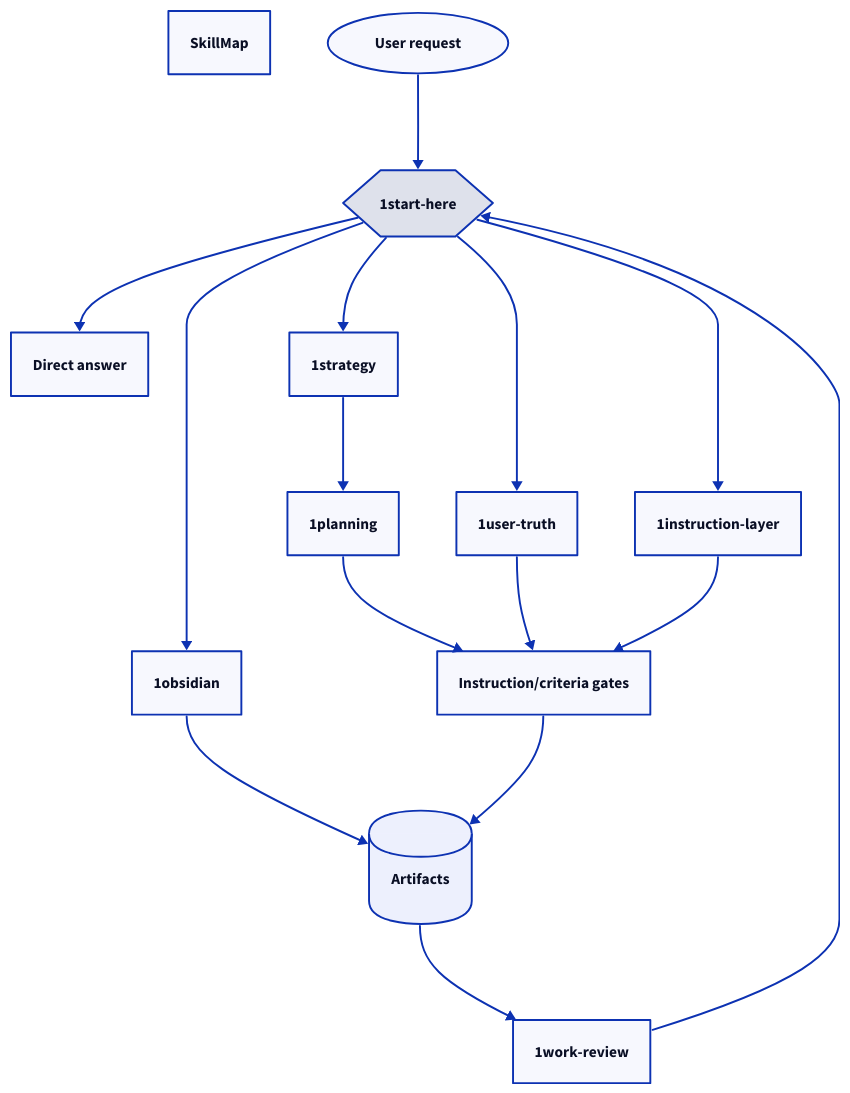
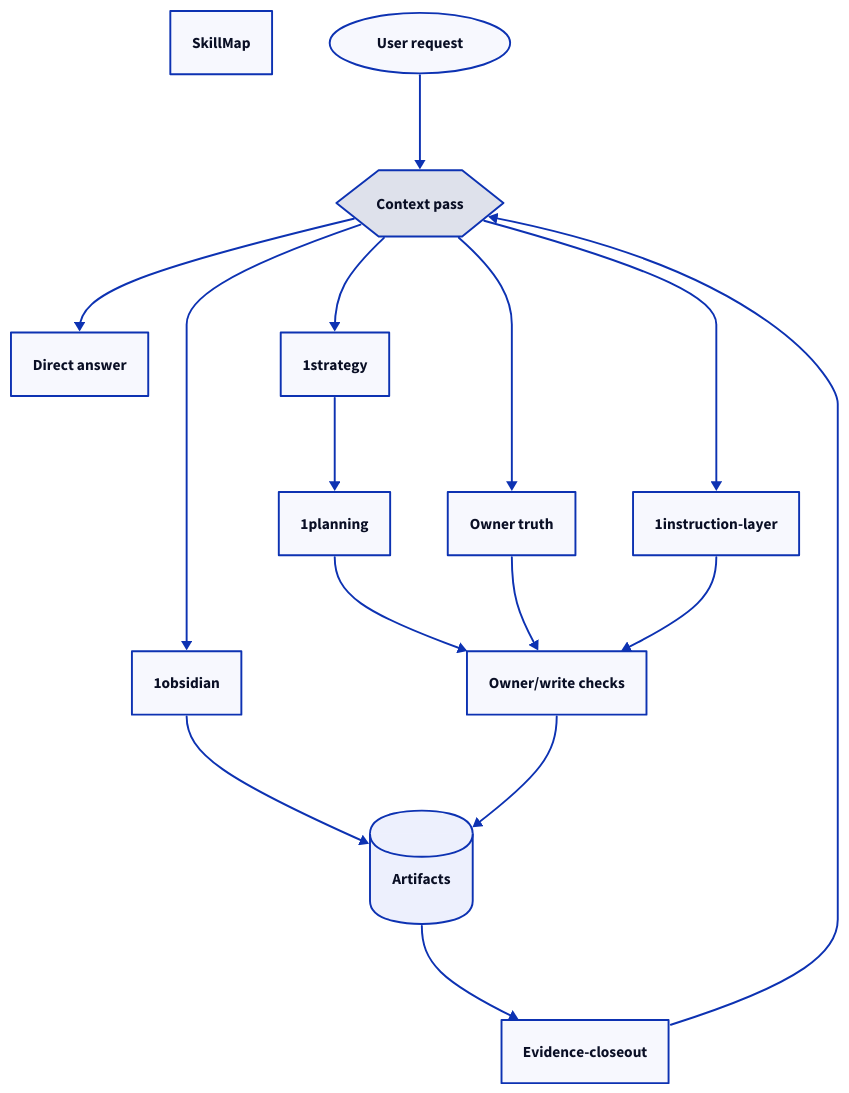
One commit to triton2030/agentic-research changed the diagram in experiments/obsidian-beauty-lab/data/skillmap.d2. Above: the diagram before and after it, drawn with D2. The commit also changed 118 other files, not shown here.

```diff
--- a/experiments/obsidian-beauty-lab/data/skillmap.d2
+++ b/experiments/obsidian-beauty-lab/data/skillmap.d2
@@ -1,41 +1,41 @@
 title: SkillMap
 
 direction: down
 
 "User request": {
   shape: oval
 }
 
-"1start-here": {
+"Context pass": {
   shape: hexagon
 }
 
 "Direct answer"
 "1strategy"
 "1planning"
-"1user-truth"
+"Owner truth"
 "1instruction-layer"
 "1obsidian"
-"Instruction/criteria gates"
+"Owner/write checks"
 "Artifacts": {
   shape: cylinder
 }
-"1work-review"
+"Evidence-closeout"
 
-"User request" -> "1start-here"
-"1start-here" -> "Direct answer"
-"1start-here" -> "1strategy"
-"1start-here" -> "1user-truth"
-"1start-here" -> "1instruction-layer"
-"1start-here" -> "1obsidian"
+"User request" -> "Context pass"
+"Context pass" -> "Direct answer"
+"Context pass" -> "1strategy"
+"Context pass" -> "Owner truth"
+"Context pass" -> "1instruction-layer"
+"Context pass" -> "1obsidian"
 
 "1strategy" -> "1planning"
-"1planning" -> "Instruction/criteria gates"
+"1planning" -> "Owner/write checks"
 
-"1user-truth" -> "Instruction/criteria gates"
-"1instruction-layer" -> "Instruction/criteria gates"
+"Owner truth" -> "Owner/write checks"
+"1instruction-layer" -> "Owner/write checks"
 "1obsidian" -> "Artifacts"
 
-"Instruction/criteria gates" -> "Artifacts"
-"Artifacts" -> "1work-review"
-"1work-review" -> "1start-here"
+"Owner/write checks" -> "Artifacts"
+"Artifacts" -> "Evidence-closeout"
+"Evidence-closeout" -> "Context pass"
```
